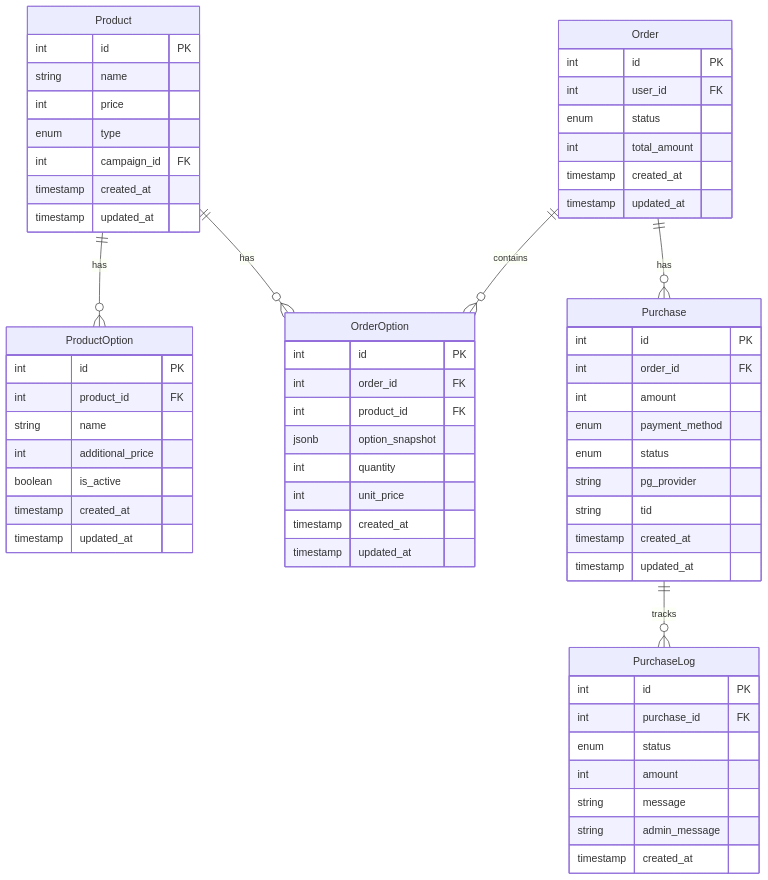
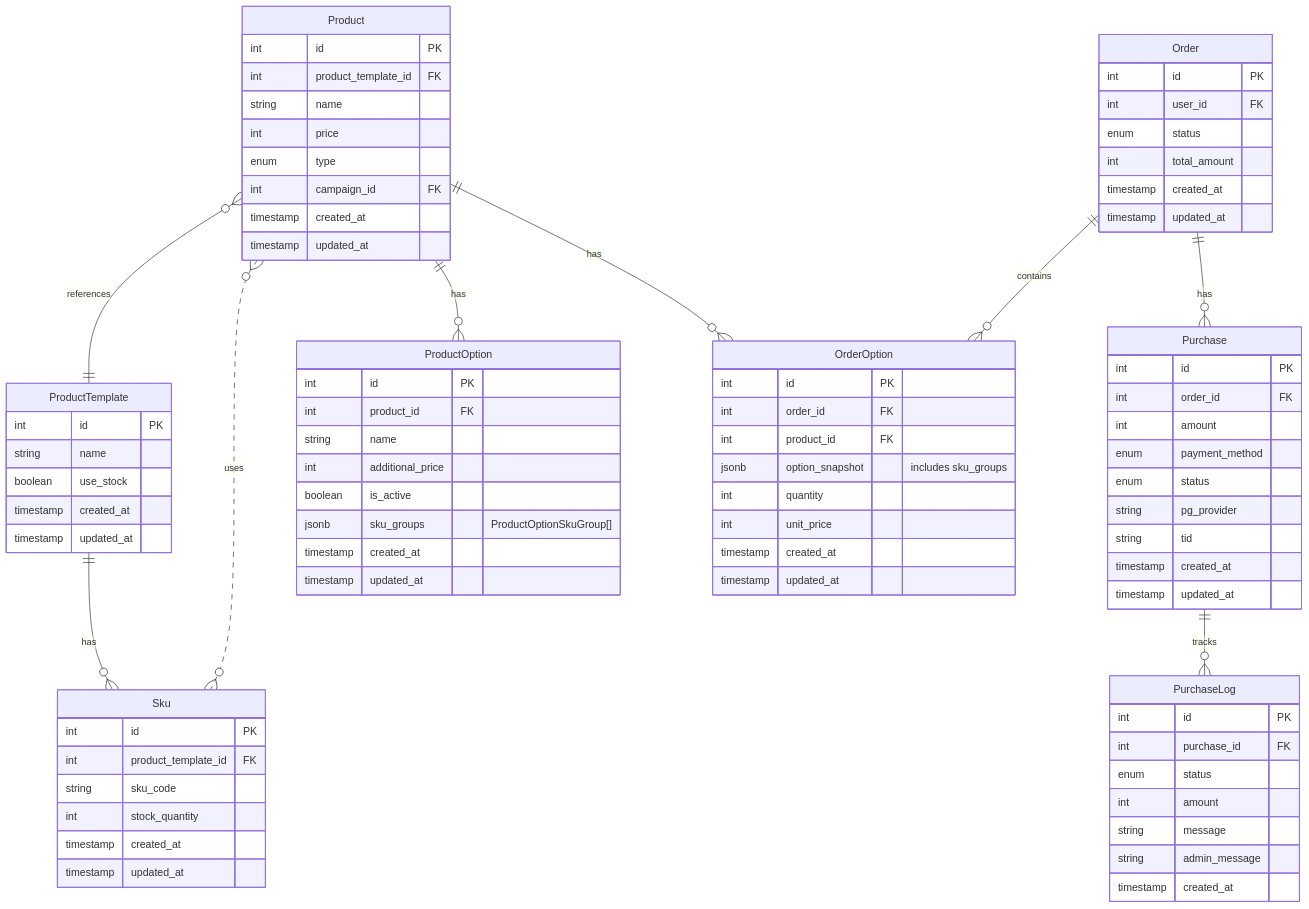
Before and after one commit to yestravelkr/yestravel: the diagram in docs/payment-order.md, drawn with Mermaid. The commit also changed other lines of this file, not shown here.

First line of the commit message:
DOCS: 결제/주문 문서에 SKU 및 재고 관리 추가

````diff
--- a/docs/payment-order.md
+++ b/docs/payment-order.md
@@ -17,13 +17,34 @@
 ```mermaid
 erDiagram
+    ProductTemplate ||--o{ Sku : "has"
+    Product }o--|| ProductTemplate : "references"
+    Product }o..o{ Sku : "uses"
     Product ||--o{ ProductOption : "has"
     Product ||--o{ OrderOption : "has"
     Order ||--o{ OrderOption : "contains"
     Order ||--o{ Purchase : "has"
     Purchase ||--o{ PurchaseLog : "tracks"
 
+    ProductTemplate {
+        int id PK
+        string name
+        boolean use_stock
+        timestamp created_at
+        timestamp updated_at
+    }
+
+    Sku {
+        int id PK
+        int product_template_id FK
+        string sku_code
+        int stock_quantity
+        timestamp created_at
+        timestamp updated_at
+    }
+
     Product {
         int id PK
+        int product_template_id FK
         string name
         int price
         enum type
@@ -38,6 +59,7 @@
         string name
         int additional_price
         boolean is_active
+        jsonb sku_groups "ProductOptionSkuGroup[]"
         timestamp created_at
         timestamp updated_at
     }
@@ -55,7 +77,7 @@
         int id PK
         int order_id FK
         int product_id FK
-        jsonb option_snapshot
+        jsonb option_snapshot "includes sku_groups"
         int quantity
         int unit_price
         timestamp created_at
````
